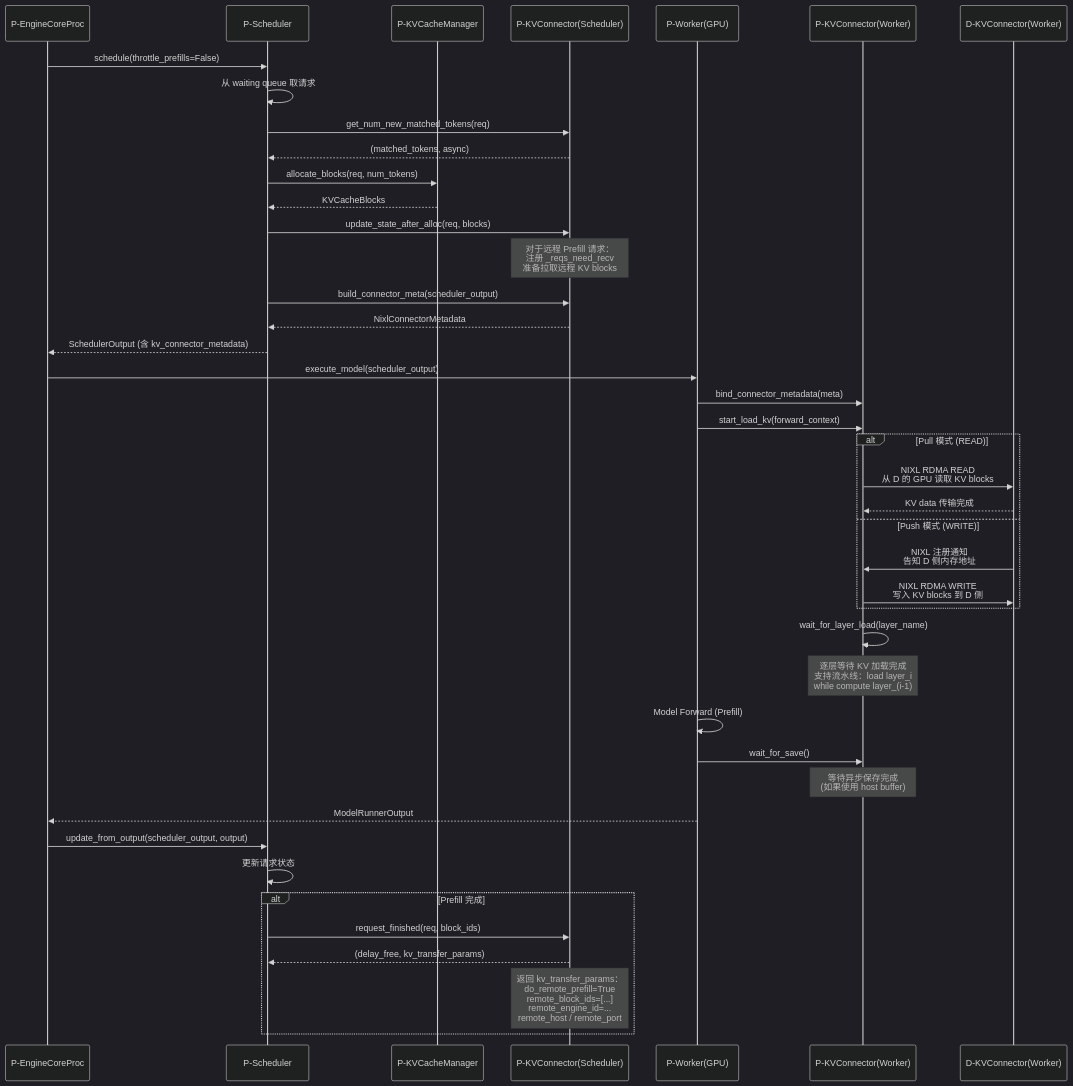
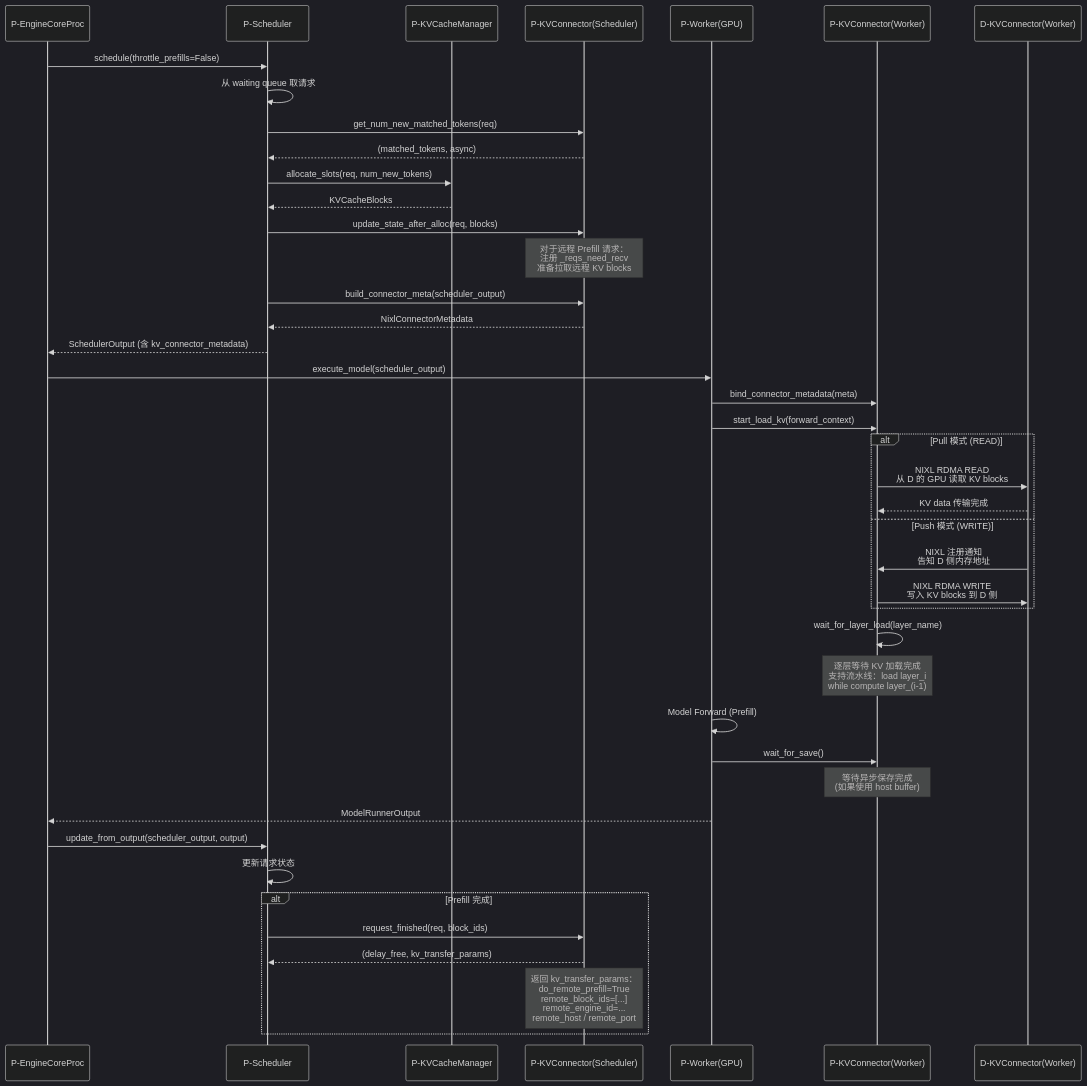
One commit to keyuanweb/ai-learning-path changed the third of 10 diagrams in vllm-learning-path/03-调度与KV缓存/11-PD分离架构详解.md. Above: the diagram before and after it, drawn with Mermaid (dark theme). The commit also changed other lines of this file and 176 other files, not shown here.

First line of the commit message:
docs: 全仓库文档校对修复——错别字/失效链接/Mermaid图/源码引用

````diff
--- a/vllm-learning-path/03-调度与KV缓存/11-PD分离架构详解.md
+++ b/vllm-learning-path/03-调度与KV缓存/11-PD分离架构详解.md
@@ -121,55 +121,55 @@
 ```mermaid
 sequenceDiagram
     participant P_EC as P-EngineCoreProc
     participant P_S as P-Scheduler
     participant P_KVM as P-KVCacheManager
     participant P_KVS as P-KVConnector(Scheduler)
     participant P_W as P-Worker(GPU)
     participant P_KVW as P-KVConnector(Worker)
     participant D_KVW as D-KVConnector(Worker)
 
     P_EC->>P_S: schedule(throttle_prefills=False)
     P_S->>P_S: 从 waiting queue 取请求
     P_S->>P_KVS: get_num_new_matched_tokens(req)
     P_KVS-->>P_S: (matched_tokens, async)
 
-    P_S->>P_KVM: allocate_blocks(req, num_tokens)
+    P_S->>P_KVM: allocate_slots(req, num_new_tokens)
     P_KVM-->>P_S: KVCacheBlocks
 
     P_S->>P_KVS: update_state_after_alloc(req, blocks)
     Note over P_KVS: 对于远程 Prefill 请求：<br/>注册 _reqs_need_recv<br/>准备拉取远程 KV blocks
 
     P_S->>P_KVS: build_connector_meta(scheduler_output)
     P_KVS-->>P_S: NixlConnectorMetadata
 
     P_S-->>P_EC: SchedulerOutput (含 kv_connector_metadata)
 
     P_EC->>P_W: execute_model(scheduler_output)
     P_W->>P_KVW: bind_connector_metadata(meta)
     P_W->>P_KVW: start_load_kv(forward_context)
 
     alt Pull 模式 (READ)
         P_KVW->>D_KVW: NIXL RDMA READ<br/>从 D 的 GPU 读取 KV blocks
         D_KVW-->>P_KVW: KV data 传输完成
     else Push 模式 (WRITE)
         D_KVW->>P_KVW: NIXL 注册通知<br/>告知 D 侧内存地址
         P_KVW->>D_KVW: NIXL RDMA WRITE<br/>写入 KV blocks 到 D 侧
     end
 
     P_KVW->>P_KVW: wait_for_layer_load(layer_name)
     Note over P_KVW: 逐层等待 KV 加载完成<br/>支持流水线：load layer_i<br/>while compute layer_(i-1)
 
     P_W->>P_W: Model Forward (Prefill)
     P_W->>P_KVW: wait_for_save()
     Note over P_KVW: 等待异步保存完成<br/>(如果使用 host buffer)
 
     P_W-->>P_EC: ModelRunnerOutput
     P_EC->>P_S: update_from_output(scheduler_output, output)
     P_S->>P_S: 更新请求状态
 
     alt Prefill 完成
         P_S->>P_KVS: request_finished(req, block_ids)
         P_KVS-->>P_S: (delay_free, kv_transfer_params)
         Note over P_KVS: 返回 kv_transfer_params：<br/>do_remote_prefill=True<br/>remote_block_ids=[...]<br/>remote_engine_id=...<br/>remote_host / remote_port
     end
 ```
````
